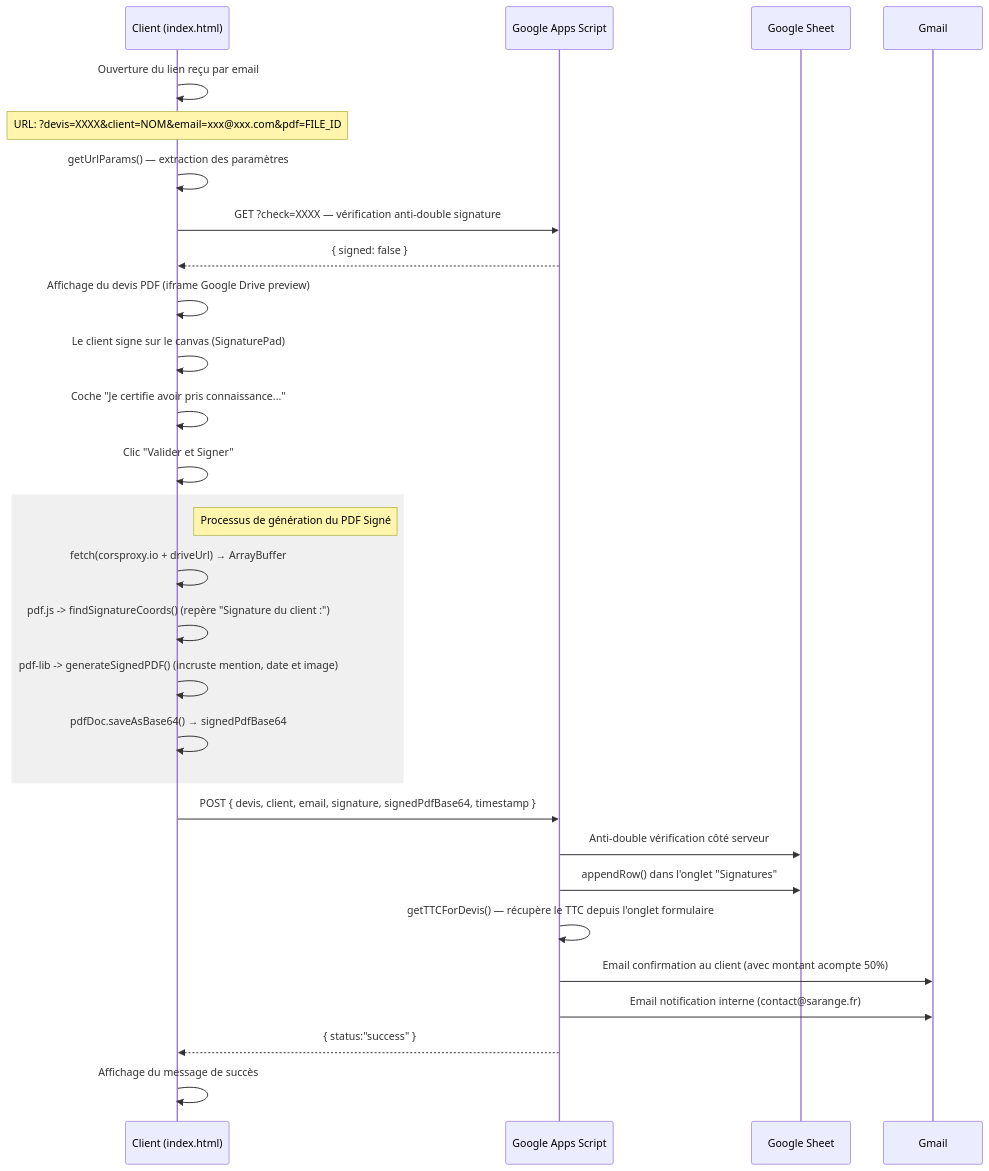
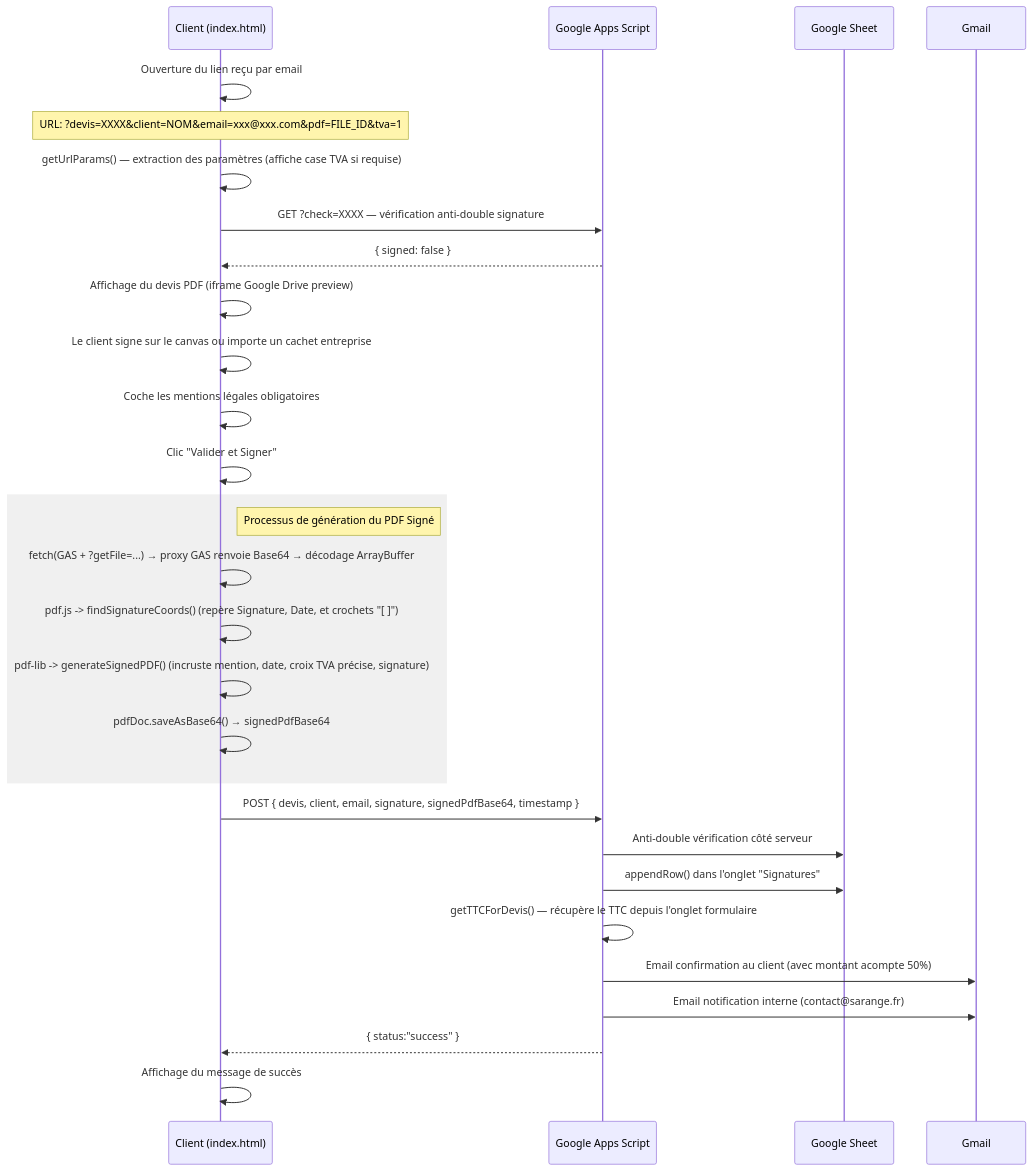
Before and after one commit to SARANGE-PRO/SignatureDevis: the second of 2 diagrams in ARCHITECTURE.MD, drawn with Mermaid. The commit also changed other lines of this file, not shown here.

Commit message:
Docs: mise à jour globale et détaillée de l'architecture

````diff
--- a/ARCHITECTURE.MD
+++ b/ARCHITECTURE.MD
@@ -182,37 +184,37 @@
 ```mermaid
 sequenceDiagram
     participant C as Client (index.html)
     participant GAS as Google Apps Script
     participant GS as Google Sheet
     participant GM as Gmail
 
     C->>C: Ouverture du lien reçu par email
-    Note over C: URL: ?devis=XXXX&client=NOM&email=xxx@xxx.com&pdf=FILE_ID
+    Note over C: URL: ?devis=XXXX&client=NOM&email=xxx@xxx.com&pdf=FILE_ID&tva=1
 
-    C->>C: getUrlParams() — extraction des paramètres
+    C->>C: getUrlParams() — extraction des paramètres (affiche case TVA si requise)
     C->>GAS: GET ?check=XXXX — vérification anti-double signature
     GAS-->>C: { signed: false }
 
     C->>C: Affichage du devis PDF (iframe Google Drive preview)
-    C->>C: Le client signe sur le canvas (SignaturePad)
-    C->>C: Coche "Je certifie avoir pris connaissance..."
+    C->>C: Le client signe sur le canvas ou importe un cachet entreprise
+    C->>C: Coche les mentions légales obligatoires
 
     C->>C: Clic "Valider et Signer"
     
     rect rgb(240, 240, 240)
     Note right of C: Processus de génération du PDF Signé
-    C->>C: fetch(corsproxy.io + driveUrl) → ArrayBuffer
-    C->>C: pdf.js -> findSignatureCoords() (repère "Signature du client :")
-    C->>C: pdf-lib -> generateSignedPDF() (incruste mention, date et image)
+    C->>C: fetch(GAS + ?getFile=...) → proxy GAS renvoie Base64 → décodage ArrayBuffer
+    C->>C: pdf.js -> findSignatureCoords() (repère Signature, Date, et crochets "[  ]")
+    C->>C: pdf-lib -> generateSignedPDF() (incruste mention, date, croix TVA précise, signature)
     C->>C: pdfDoc.saveAsBase64() → signedPdfBase64
     end
 
     C->>GAS: POST { devis, client, email, signature, signedPdfBase64, timestamp }
     GAS->>GS: Anti-double vérification côté serveur
     GAS->>GS: appendRow() dans l'onglet "Signatures"
     GAS->>GAS: getTTCForDevis() — récupère le TTC depuis l'onglet formulaire
     GAS->>GM: Email confirmation au client (avec montant acompte 50%)
     GAS->>GM: Email notification interne (contact@sarange.fr)
     GAS-->>C: { status:"success" }
     C->>C: Affichage du message de succès
 ```
````
